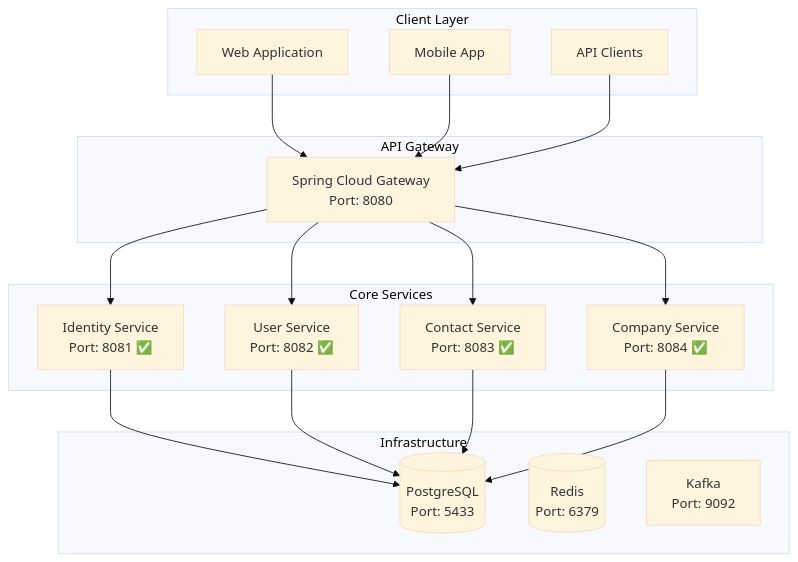
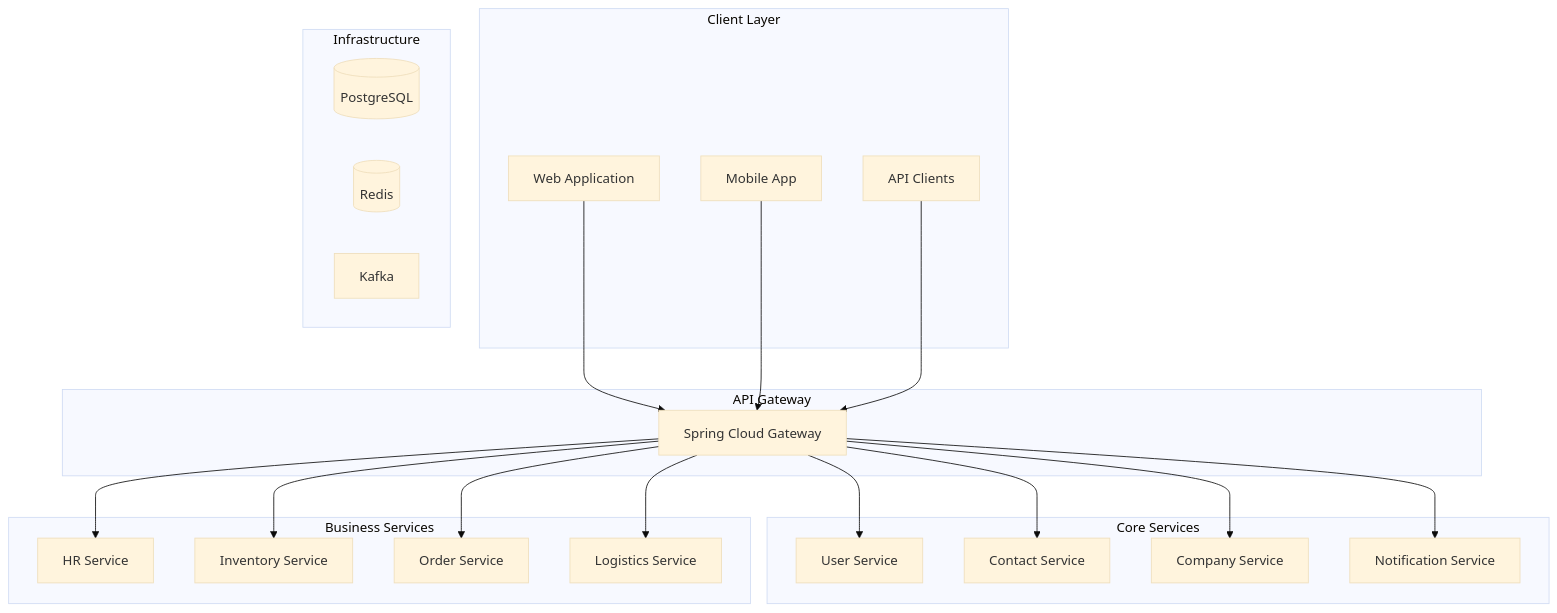
The diagram in README.md (Fabric-Management/fabric-management-backend), drawn with Mermaid (base theme) before and after one commit. The commit also changed other lines of this file and 479 other files, not shown here.

First line of the commit message:
feat: Complete modern microservice architecture restructuring

````diff
--- a/README.md
+++ b/README.md
@@ -73,37 +28,44 @@
 ```mermaid
 graph TB
     subgraph "Client Layer"
         WEB[Web Application]
         MOB[Mobile App]
         API[API Clients]
     end
 
     subgraph "API Gateway"
-        GW[Spring Cloud Gateway<br/>Port: 8080]
+        GW[Spring Cloud Gateway]
     end
 
     subgraph "Core Services"
-        ID[Identity Service<br/>Port: 8081 ✅]
-        US[User Service<br/>Port: 8082 ✅]
-        CS[Contact Service<br/>Port: 8083 ✅]
-        CO[Company Service<br/>Port: 8084 ✅]
+        US[User Service]
+        CS[Contact Service]
+        COS[Company Service]
+        NS[Notification Service]
+    end
+
+    subgraph "Business Services"
+        HS[HR Service]
+        IS[Inventory Service]
+        OS[Order Service]
+        LS[Logistics Service]
     end
 
     subgraph "Infrastructure"
-        DB[(PostgreSQL<br/>Port: 5433)]
-        REDIS[(Redis<br/>Port: 6379)]
-        KAFKA[Kafka<br/>Port: 9092]
+        DB[(PostgreSQL)]
+        CACHE[(Redis)]
+        MSG[Kafka]
     end
 
     WEB --> GW
     MOB --> GW
     API --> GW
-    GW --> ID
     GW --> US
     GW --> CS
-    GW --> CO
-    ID --> DB
-    US --> DB
-    CS --> DB
-    CO --> DB
+    GW --> COS
+    GW --> NS
+    GW --> HS
+    GW --> IS
+    GW --> OS
+    GW --> LS
 ```
````
